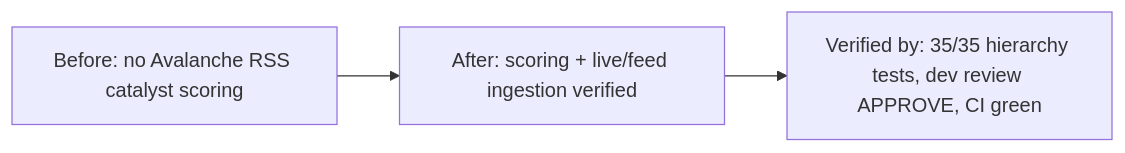
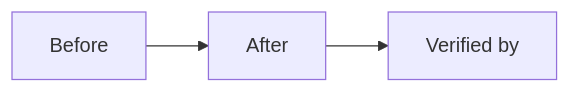
One commit to hcross/robotrader changed the diagram in .sdlc/leaf-avalanche-rss-catalysts/merge-dossier.md. Above: the diagram before and after it, drawn with Mermaid. The commit also changed other lines of this file and 3 other files, not shown here.

Commit message:
chore(leaf-avalanche-rss-catalysts): archive merged change

````diff
--- a/.sdlc/leaf-avalanche-rss-catalysts/merge-dossier.md
+++ b/.sdlc/leaf-avalanche-rss-catalysts/merge-dossier.md
@@ -15,4 +15,4 @@
 ```mermaid
 flowchart LR
-  A["Before: no Avalanche RSS catalyst scoring"] --> B["After: scoring + live/feed ingestion verified"] --> C["Verified by: 35/35 hierarchy tests, dev review APPROVE, CI green"]
+  A["Before"] --> B["After"] --> C["Verified by"]
 ```
````
